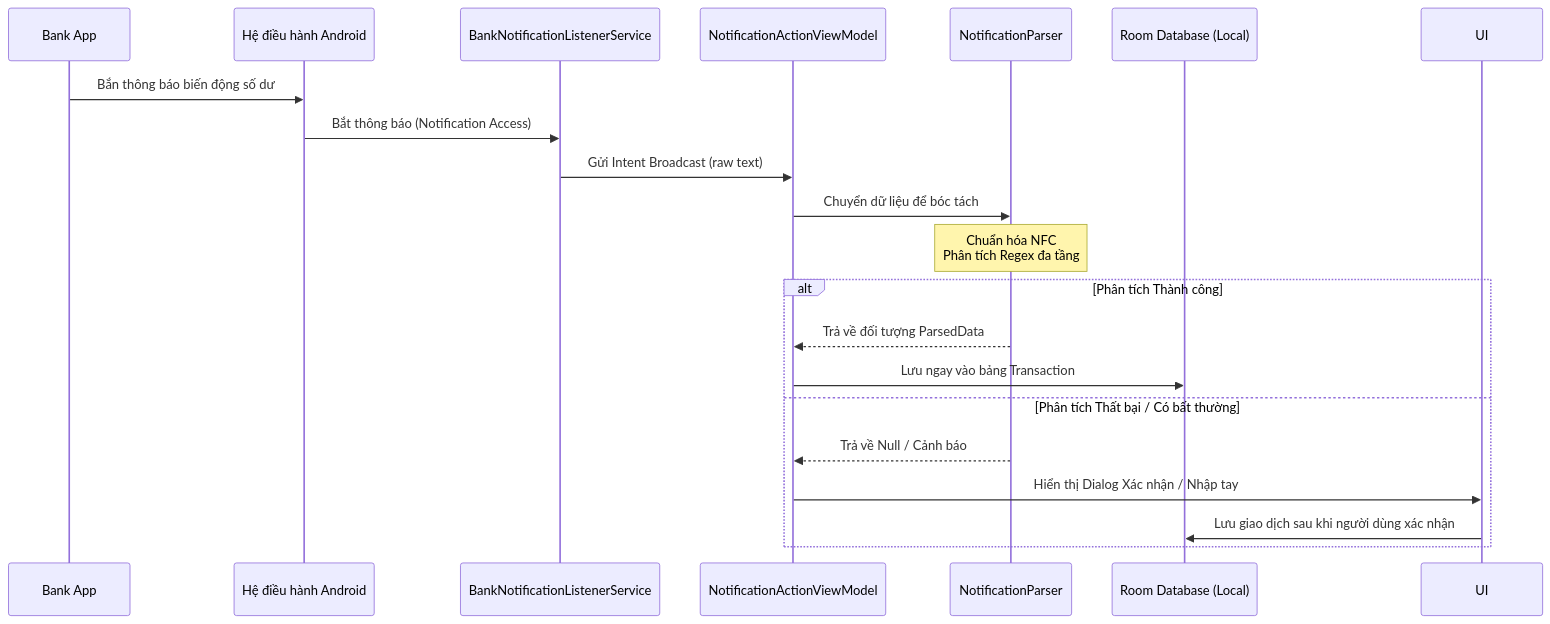
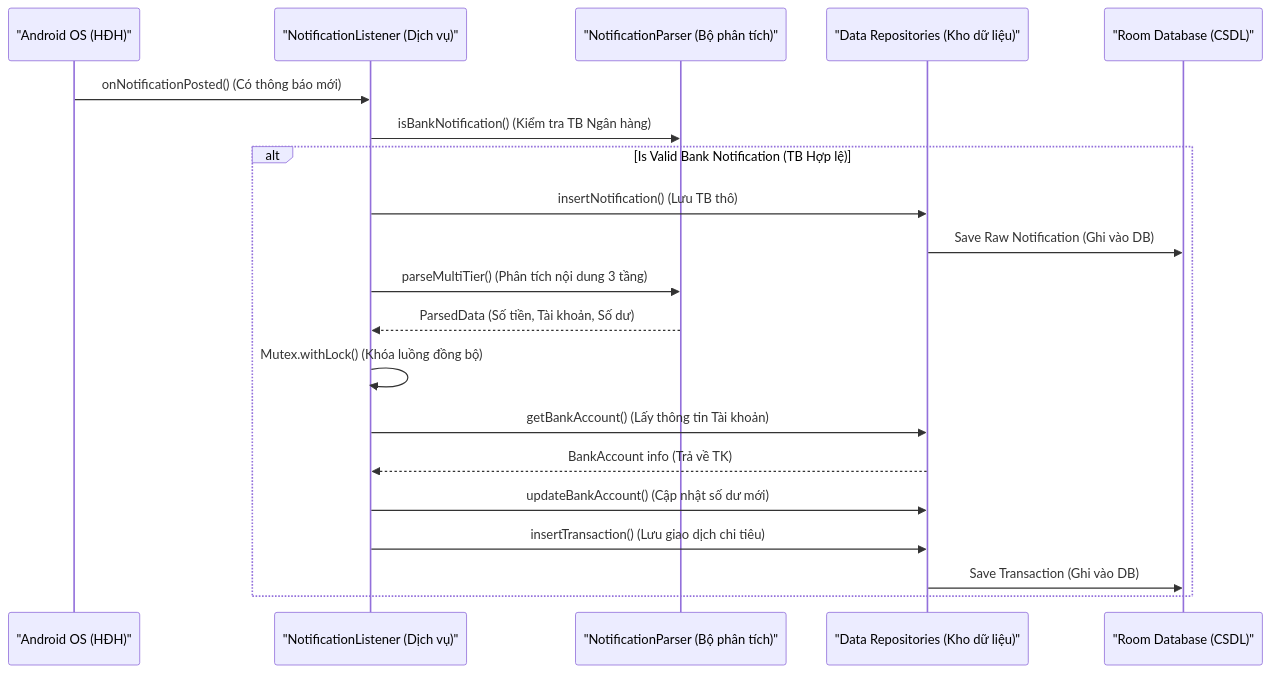
One commit to Thethien2k5/Simple-Expense-Tracker changed the second of 3 diagrams in README.md. Above: the diagram before and after it, drawn with Mermaid. The commit also changed other lines of this file, not shown here.

Commit message:
cập nhật README.md

````diff
--- a/README.md
+++ b/README.md
@@ -42,25 +61,23 @@
 ```mermaid
 sequenceDiagram
-    participant Bank App
-    participant OS as Hệ điều hành Android
-    participant Service as BankNotificationListenerService
-    participant ViewModel as NotificationActionViewModel
-    participant Parser as NotificationParser
-    participant DB as Room Database (Local)
+    participant OS as "Android OS (HĐH)"
+    participant Service as "NotificationListener (Dịch vụ)"
+    participant Parser as "NotificationParser (Bộ phân tích)"
+    participant Repo as "Data Repositories (Kho dữ liệu)"
+    participant DB as "Room Database (CSDL)"
 
-    Bank App->>OS: Bắn thông báo biến động số dư
-    OS->>Service: Bắt thông báo (Notification Access)
-    Service->>ViewModel: Gửi Intent Broadcast (raw text)
-    ViewModel->>Parser: Chuyển dữ liệu để bóc tách
-    
-    note over Parser: Chuẩn hóa NFC<br/>Phân tích Regex đa tầng
-    
-    alt Phân tích Thành công
-        Parser-->>ViewModel: Trả về đối tượng ParsedData
-        ViewModel->>DB: Lưu ngay vào bảng Transaction
-    else Phân tích Thất bại / Có bất thường
-        Parser-->>ViewModel: Trả về Null / Cảnh báo
-        ViewModel->>UI: Hiển thị Dialog Xác nhận / Nhập tay
-        UI->>DB: Lưu giao dịch sau khi người dùng xác nhận
+    OS->>Service: onNotificationPosted() (Có thông báo mới)
+    Service->>Parser: isBankNotification() (Kiểm tra TB Ngân hàng)
+    alt Is Valid Bank Notification (TB Hợp lệ)
+        Service->>Repo: insertNotification() (Lưu TB thô)
+        Repo->>DB: Save Raw Notification (Ghi vào DB)
+        Service->>Parser: parseMultiTier() (Phân tích nội dung 3 tầng)
+        Parser-->>Service: ParsedData (Số tiền, Tài khoản, Số dư)
+        Service->>Service: Mutex.withLock() (Khóa luồng đồng bộ)
+        Service->>Repo: getBankAccount() (Lấy thông tin Tài khoản)
+        Repo-->>Service: BankAccount info (Trả về TK)
+        Service->>Repo: updateBankAccount() (Cập nhật số dư mới)
+        Service->>Repo: insertTransaction() (Lưu giao dịch chi tiêu)
+        Repo->>DB: Save Transaction (Ghi vào DB)
     end
 ```
````
